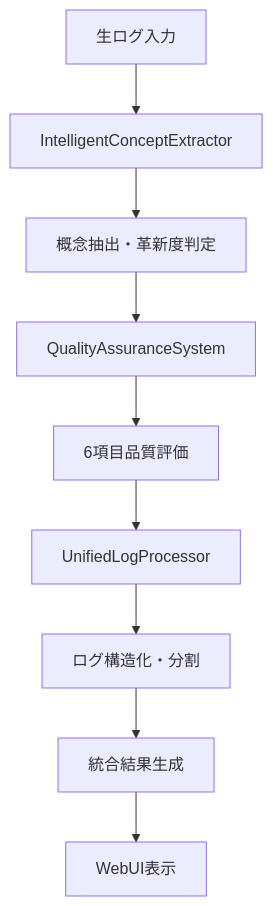
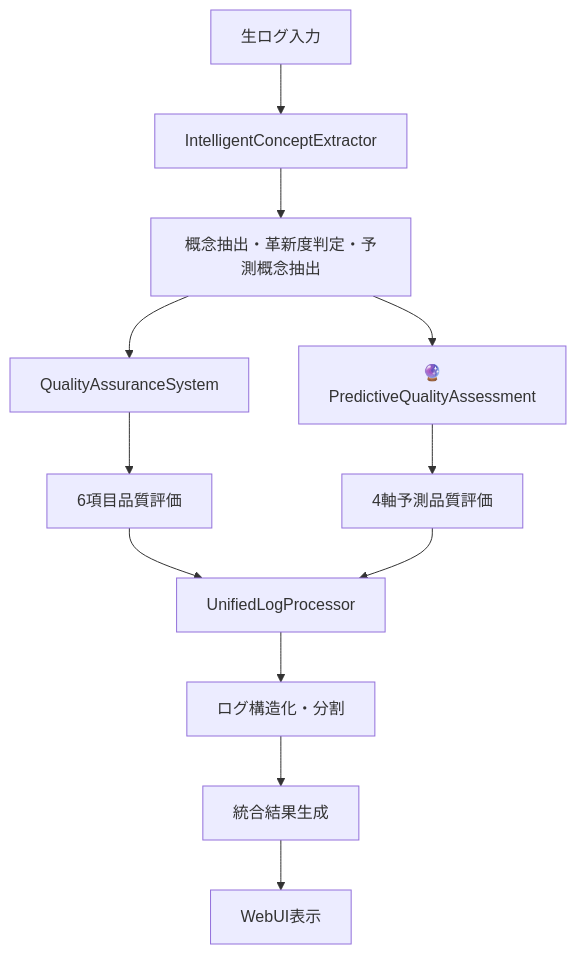
Before and after one commit to dvcampanula/structured-dialogue-tools: the first of 2 diagrams in docs/SYSTEM_OVERVIEW.md, drawn with Mermaid. The commit also changed other lines of this file and 4 other files, not shown here.

````diff
--- a/docs/SYSTEM_OVERVIEW.md
+++ b/docs/SYSTEM_OVERVIEW.md
@@ -76,11 +76,14 @@
 ```mermaid
 graph TD
     A[生ログ入力] --> B[IntelligentConceptExtractor]
-    B --> C[概念抽出・革新度判定]
+    B --> C[概念抽出・革新度判定・予測概念抽出]
     C --> D[QualityAssuranceSystem]
     D --> E[6項目品質評価]
-    E --> F[UnifiedLogProcessor]
-    F --> G[ログ構造化・分割]
-    G --> H[統合結果生成]
-    H --> I[WebUI表示]
+    C --> F[🔮PredictiveQualityAssessment]
+    F --> G[4軸予測品質評価]
+    E --> H[UnifiedLogProcessor]
+    G --> H
+    H --> I[ログ構造化・分割]
+    I --> J[統合結果生成]
+    J --> K[WebUI表示]
 ```
````
